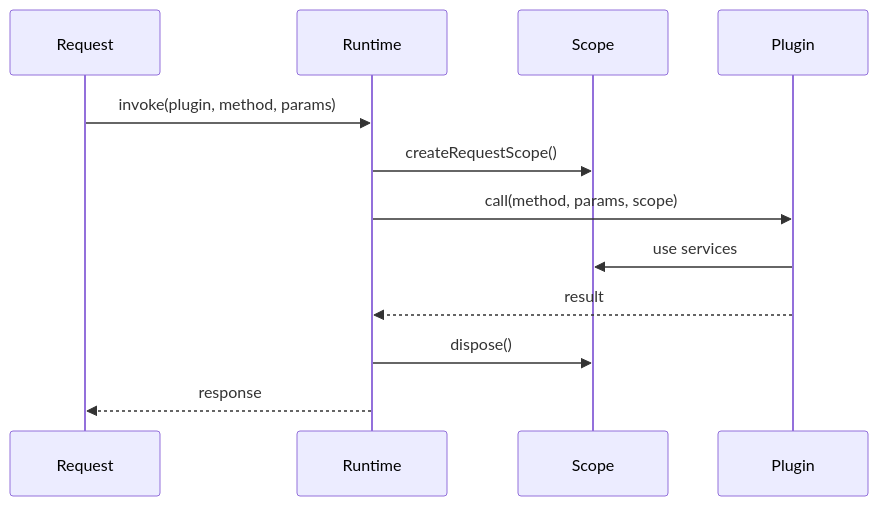
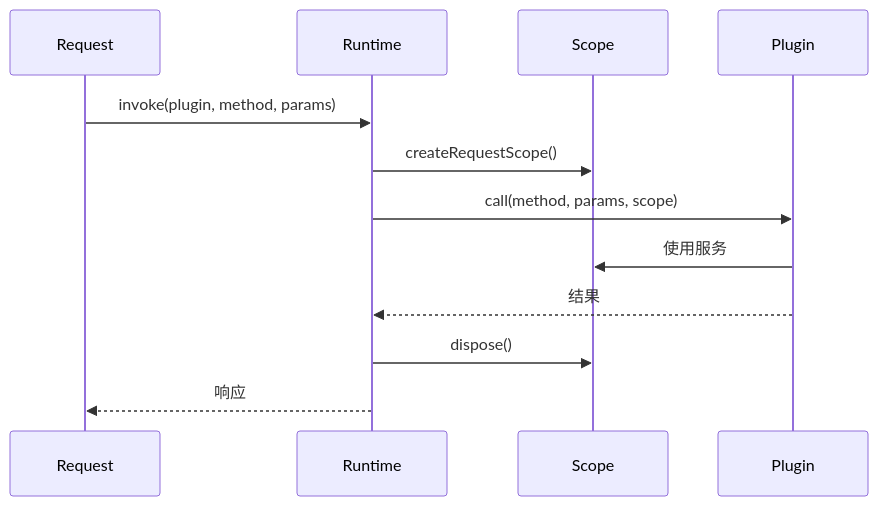
The second of 3 diagrams in docs/zh/architecture-book/part-3-plugin-system/04-plugin-runtime.md (a576378368/openclaw_docs), drawn with Mermaid before and after one commit. The commit also changed other lines of this file and 7 other files, not shown here.

````diff
--- a/docs/zh/architecture-book/part-3-plugin-system/04-plugin-runtime.md
+++ b/docs/zh/architecture-book/part-3-plugin-system/04-plugin-runtime.md
@@ -122,15 +122,15 @@
 ```mermaid
 sequenceDiagram
     participant Request
     participant Runtime
     participant Scope
     participant Plugin
 
     Request->>Runtime: invoke(plugin, method, params)
     Runtime->>Scope: createRequestScope()
     Runtime->>Plugin: call(method, params, scope)
-    Plugin->>Scope: use services
-    Plugin-->>Runtime: result
+    Plugin->>Scope: 使用服务
+    Plugin-->>Runtime: 结果
     Runtime->>Scope: dispose()
-    Runtime-->>Request: response
+    Runtime-->>Request: 响应
 ```
````
